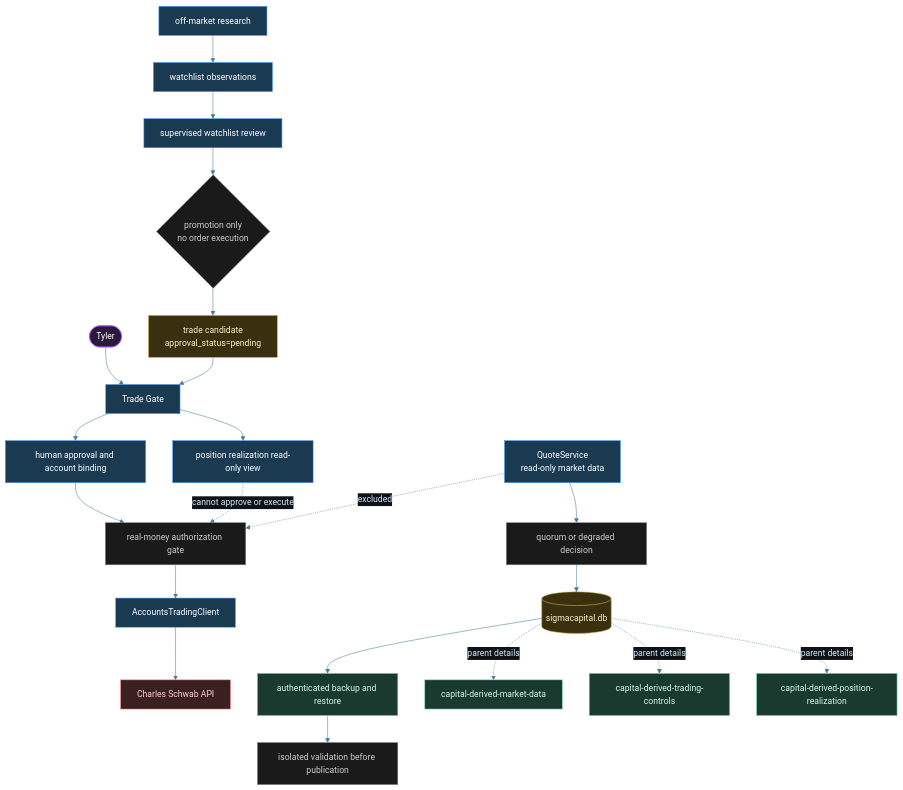
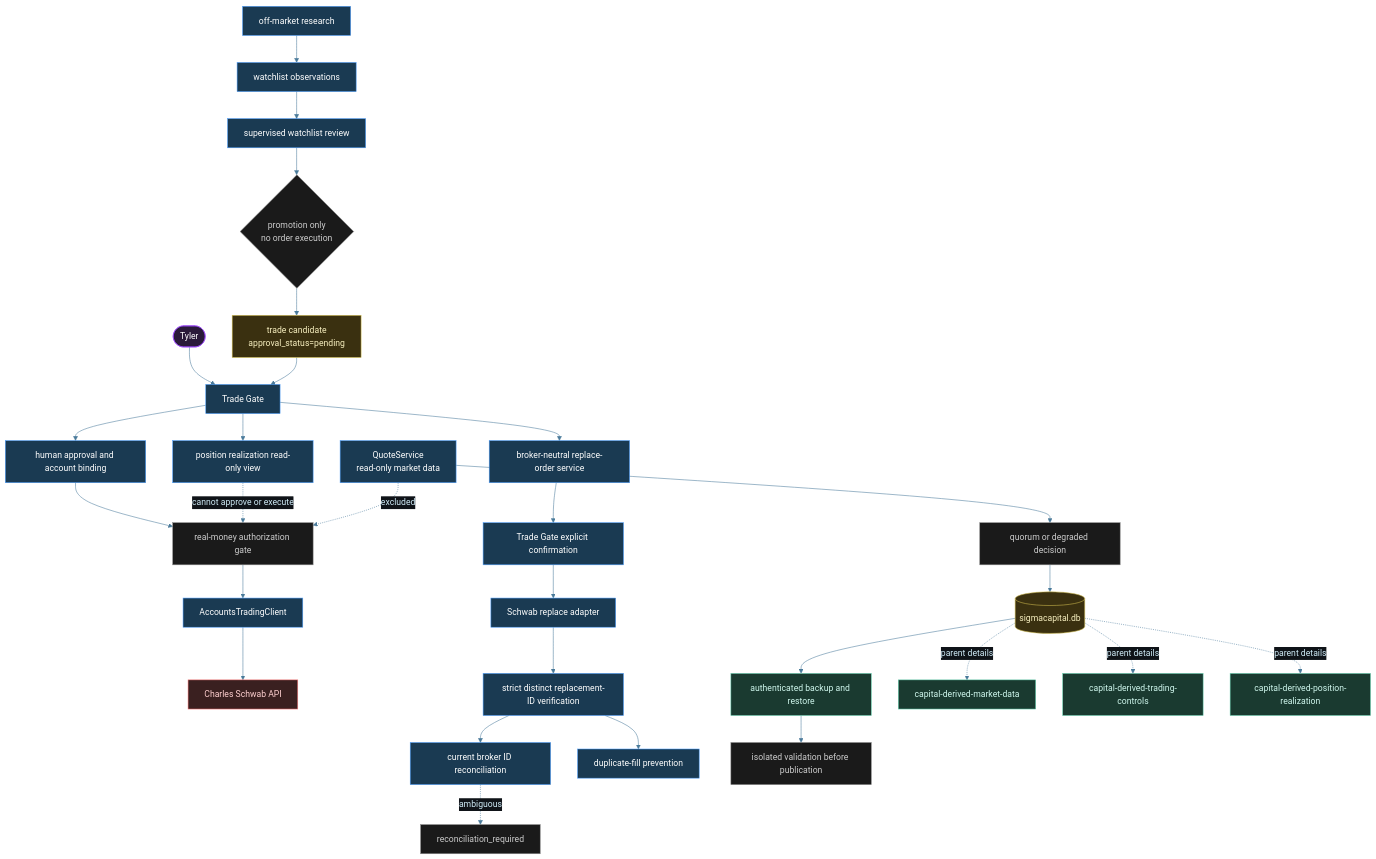
Before and after one commit to tylerdrakemusic/-Workspace: the diagram in diagrams/capital-architecture.mmd, drawn with Mermaid. The commit also changed 4 other files, not shown here.

Commit message:
docs: sync Capital architecture diagrams

```diff
--- a/diagrams/capital-architecture.mmd
+++ b/diagrams/capital-architecture.mmd
@@ -1,36 +1,43 @@
 %%{init: {'theme': 'base', 'themeVariables': {'primaryColor': '#1a2e3a', 'primaryTextColor': '#d0ecf8', 'edgeLabelBackground': '#0f1318', 'lineColor': '#4a7a9a'}}}%%
 %% is_derived_view=false
 %% Traceability.derived_views: diagrams/capital-derived-market-data.mmd, diagrams/capital-derived-trading-controls.mmd, diagrams/capital-derived-position-realization.mmd
 graph TB
     Tyler([Tyler]) --> TradeGate[Trade Gate]
     Research[off-market research] --> Watchlist[watchlist observations]
     Watchlist --> Review[supervised watchlist review]
     Review --> PromotionBoundary{promotion only<br/>no order execution}
     PromotionBoundary --> Pending[trade candidate<br/>approval_status=pending]
     Pending --> TradeGate
     QuoteService[QuoteService<br/>read-only market data] --> QuoteDecision[quorum or degraded decision]
     QuoteDecision --> CapitalDB[(sigmacapital.db)]
     TradeGate --> Approval[human approval and account binding]
     Approval --> RealGate[real-money authorization gate]
     RealGate --> AccountsTrading[AccountsTradingClient]
     AccountsTrading --> Schwab[Charles Schwab API]
+    TradeGate --> ReplaceService[broker-neutral replace-order service]
+    ReplaceService --> ReplaceConfirm[Trade Gate explicit confirmation]
+    ReplaceConfirm --> SchwabReplace[Schwab replace adapter]
+    SchwabReplace --> ReplacementVerify[strict distinct replacement-ID verification]
+    ReplacementVerify --> BrokerIdReconcile[current broker ID reconciliation]
+    BrokerIdReconcile -.->|ambiguous| ReconciliationRequired[reconciliation_required]
+    ReplacementVerify --> DuplicateFillGuard[duplicate-fill prevention]
     CapitalDB --> Backup[authenticated backup and restore]
     Backup --> Restore[isolated validation before publication]
     TradeGate --> PositionView[position realization read-only view]
     PositionView -.->|cannot approve or execute| RealGate
     QuoteService -.->|excluded| RealGate
     CapitalDB -.->|parent details| MarketView[capital-derived-market-data]
     CapitalDB -.->|parent details| TradingView[capital-derived-trading-controls]
     CapitalDB -.->|parent details| PositionViewDetail[capital-derived-position-realization]
     class Tyler tyler
-    class QuoteService,TradeGate,Approval,AccountsTrading,PositionView,Research,Watchlist,Review orch
-    class QuoteDecision,RealGate,Restore,PromotionBoundary state
+    class QuoteService,TradeGate,Approval,AccountsTrading,PositionView,Research,Watchlist,Review,ReplaceService,ReplaceConfirm,SchwabReplace,ReplacementVerify,BrokerIdReconcile,DuplicateFillGuard orch
+    class QuoteDecision,RealGate,Restore,PromotionBoundary,ReconciliationRequired state
     class CapitalDB,Pending db
     class Schwab ext
     class Backup,MarketView,TradingView,PositionViewDetail ws
 classDef tyler fill:#2a1a3a,stroke:#9e4aff,color:#fff
 classDef orch fill:#1a3a52,stroke:#4a9eff,color:#fff
 classDef ws fill:#1a3a30,stroke:#6ad4b4,color:#d0f8ee
 classDef ext fill:#3a2020,stroke:#ff7a7a,color:#ffd0d0
 classDef db fill:#3a3010,stroke:#d4c050,color:#f8f0c0
 classDef state fill:#1a1a1a,stroke:#888888,color:#cccccc
```
